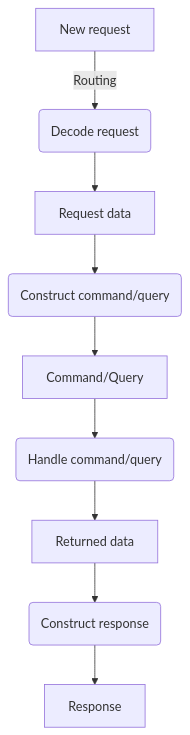
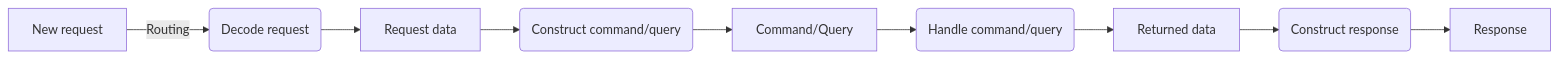
Before and after one commit to digital-craftsman-de/cqs-routing: the diagram in README.md, drawn with Mermaid.

Commit message:
Adapt chart

````diff
--- a/README.md
+++ b/README.md
@@ -80,11 +80,11 @@
 ```mermaid
-graph TD;
+graph LR;
     A[New request] --> |Routing| B(Decode request);
     B --> C[Request data];
     C --> D(Construct command/query);
     D --> E[Command/Query];
     E --> F(Handle command/query);
     F --> G[Returned data];
     G --> H(Construct response);
     H --> I[Response];
 ```
````
